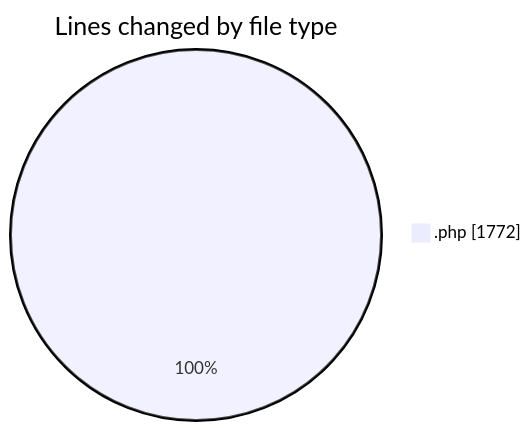
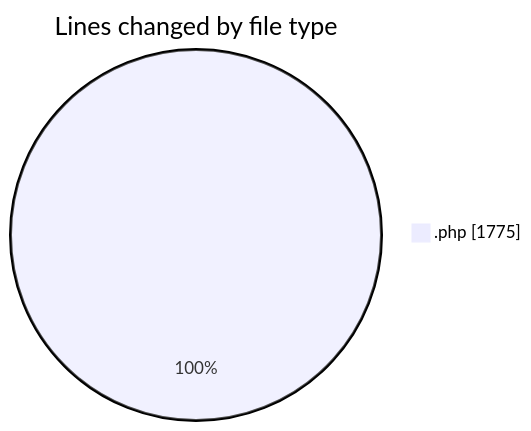
Before and after one commit to debugP/code-tracking: the first of 2 diagrams in 2025-10-22/untitled__workspace_/README.md, drawn with Mermaid. The commit also changed other lines of this file and 1 other file, not shown here.

````diff
--- a/2025-10-22/untitled__workspace_/README.md
+++ b/2025-10-22/untitled__workspace_/README.md
@@ -20,5 +20,5 @@
 ```mermaid
 pie showData
 title Lines changed by file type
-".php" : 1772
+".php" : 1775
 ```
````
